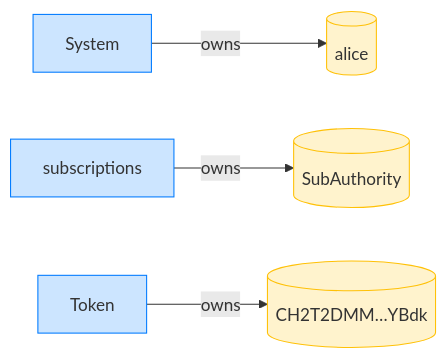
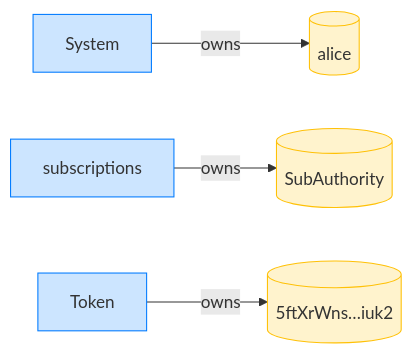
One commit to cds-rs/subscriptions changed the fourth of 16 diagrams in dsl_tests/skipped-periods-do-not-accumulate-allowance.md. Above: the diagram before and after it, drawn with Mermaid. The commit also changed other lines of this file and 224 other files, not shown here.

````diff
--- a/dsl_tests/skipped-periods-do-not-accumulate-allowance.md
+++ b/dsl_tests/skipped-periods-do-not-accumulate-allowance.md
@@ -73,14 +78,14 @@
 ```mermaid
 flowchart LR
     classDef owner fill:#cce5ff,stroke:#007bff;
     classDef account fill:#fff3cd,stroke:#ffc107;
     System[System]:::owner
     alice[(alice)]:::account
     subscriptions[subscriptions]:::owner
     SubAuthority[(SubAuthority)]:::account
     Token[Token]:::owner
-    CH2T2DMM_YBdk[("CH2T2DMM…YBdk")]:::account
+    5ftXrWns_iuk2[("5ftXrWns…iuk2")]:::account
     System -->|owns| alice
     subscriptions -->|owns| SubAuthority
-    Token -->|owns| CH2T2DMM_YBdk
+    Token -->|owns| 5ftXrWns_iuk2
 ```
````
